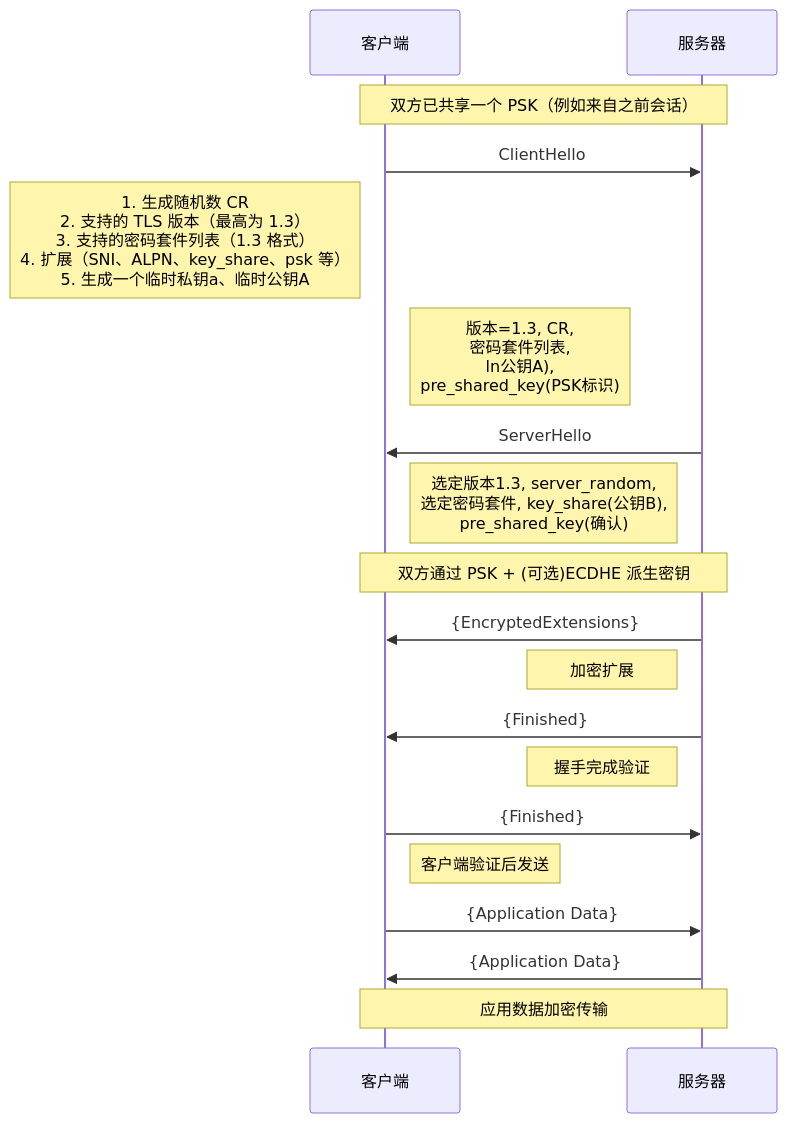
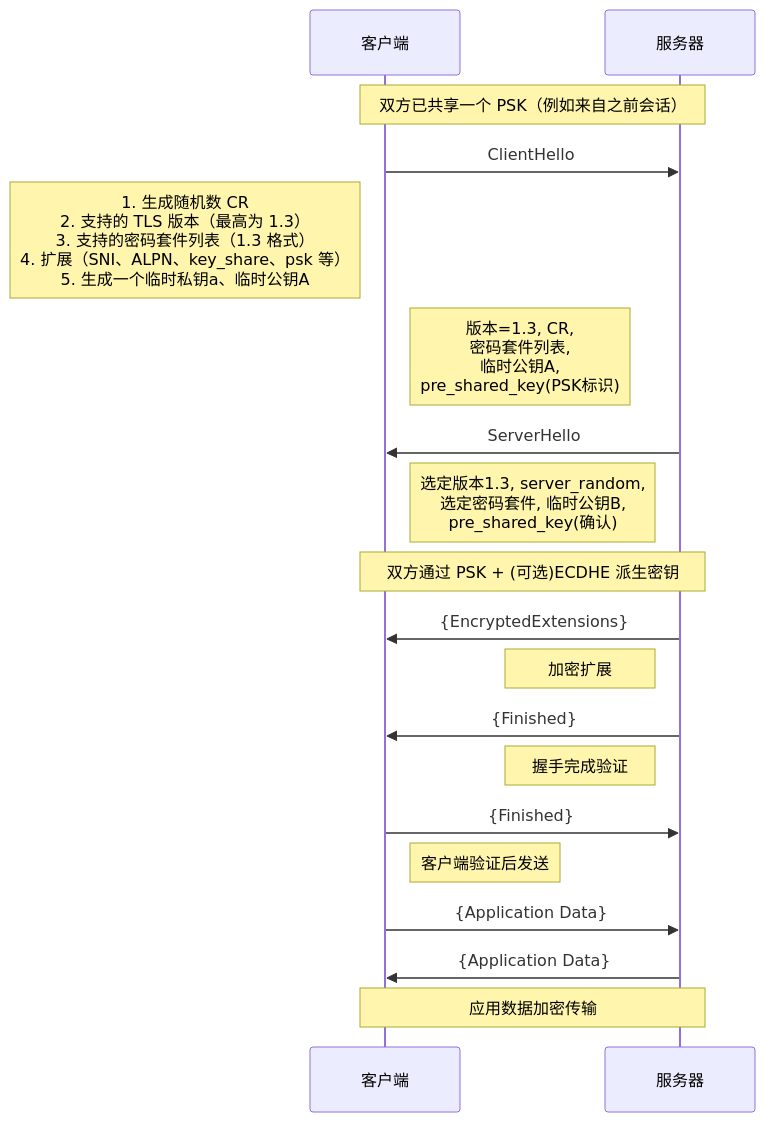
One commit to HY-10-8/iodraw-files changed the diagram in all/TLS-1.3-通用.md. Above: the diagram before and after it, drawn with Mermaid.

Commit message:
2026-03-30 17:56:11 update

````diff
--- a/all/TLS-1.3-通用.md
+++ b/all/TLS-1.3-通用.md
@@ -1,29 +1,29 @@
 ```mermaid
 sequenceDiagram
     participant C as 客户端
     participant S as 服务器
 
     Note over C,S: 双方已共享一个 PSK（例如来自之前会话）
 
     C->>S: ClientHello
     Note left of C: 1. 生成随机数 CR<br/> 2. 支持的 TLS 版本（最高为 1.3）<br/> 3. 支持的密码套件列表（1.3 格式）<br/> 4. 扩展（SNI、ALPN、key_share、psk 等）<br/> 5. 生成一个临时私钥a、临时公钥A
-    Note right of C: 版本=1.3, CR,<br/> 密码套件列表,<br/> ln公钥A),<br/> pre_shared_key(PSK标识)
+    Note right of C: 版本=1.3, CR,<br/> 密码套件列表,<br/> 临时公钥A,<br/> pre_shared_key(PSK标识)
 
     S->>C: ServerHello
-    Note left of S: 选定版本1.3, server_random,<br/> 选定密码套件, key_share(公钥B),<br/> pre_shared_key(确认)
+    Note left of S: 选定版本1.3, server_random,<br/> 选定密码套件, 临时公钥B,<br/> pre_shared_key(确认)
 
     Note over C,S: 双方通过 PSK + (可选)ECDHE 派生密钥
 
     S->>C: {EncryptedExtensions}
     Note left of S: 加密扩展
 
     S->>C: {Finished}
     Note left of S: 握手完成验证
 
     C->>S: {Finished}
     Note right of C: 客户端验证后发送
 
     C->>S: {Application Data}
     S->>C: {Application Data}
     Note over C,S: 应用数据加密传输
 ```
````
